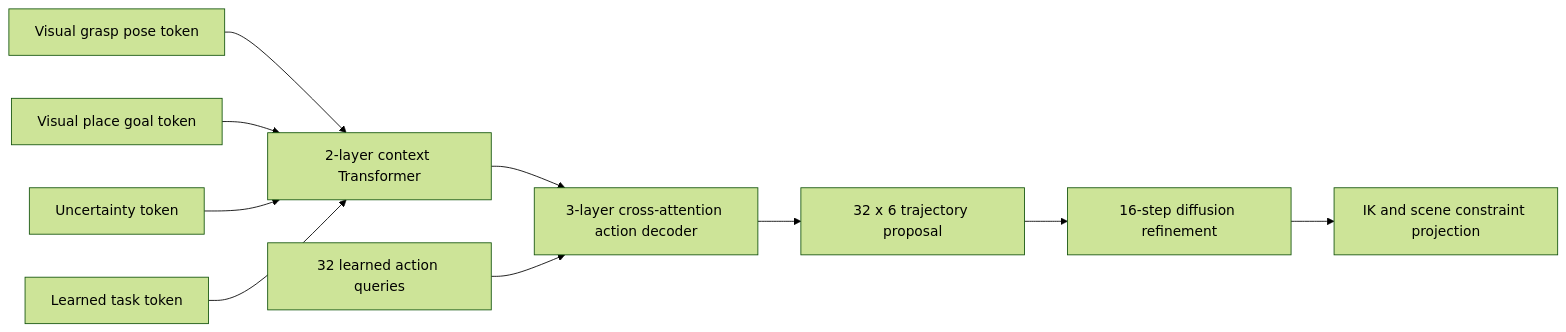
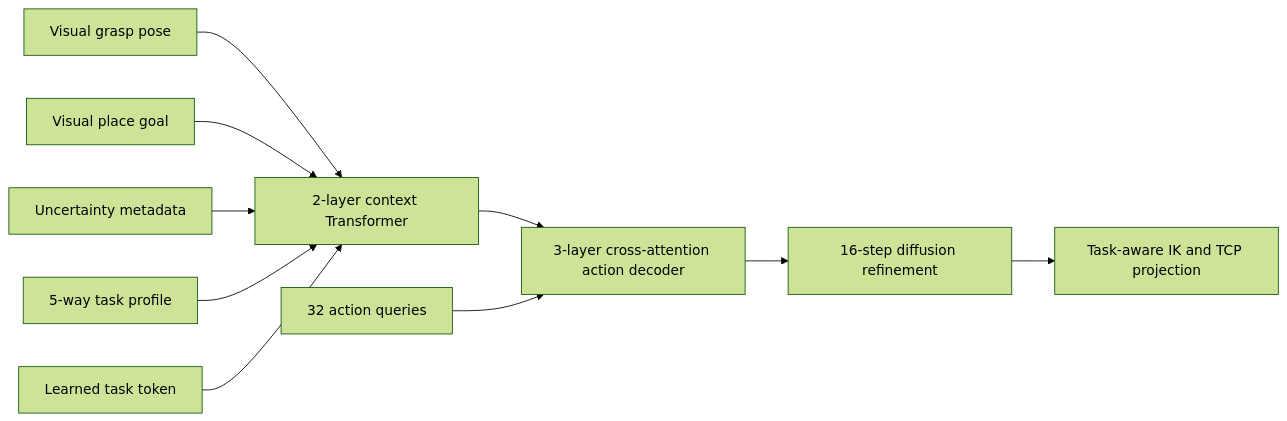
Before and after one commit to 1830051801-ux/embodied-arm-learning: the diagram in docs/constraint_diffusion_digital_twin.md, drawn with Mermaid (forest theme). The commit also changed other lines of this file and 7 other files, not shown here.

Commit message:
Add multi-task factory-cell transformer benchmark

````diff
--- a/docs/constraint_diffusion_digital_twin.md
+++ b/docs/constraint_diffusion_digital_twin.md
@@ -35,12 +42,12 @@
 ```mermaid
 flowchart LR
-    G["Visual grasp pose token"] --> E["2-layer context Transformer"]
-    P["Visual place goal token"] --> E
-    U["Uncertainty token"] --> E
-    T["Learned task token"] --> E
+    G["Visual grasp pose"] --> E["2-layer context Transformer"]
+    P["Visual place goal"] --> E
+    U["Uncertainty metadata"] --> E
+    T["5-way task profile"] --> E
+    L["Learned task token"] --> E
     E --> A["3-layer cross-attention action decoder"]
-    Q["32 learned action queries"] --> A
-    A --> D["32 x 6 trajectory proposal"]
-    D --> N["16-step diffusion refinement"]
-    N --> S["IK and scene constraint projection"]
+    Q["32 action queries"] --> A
+    A --> D["16-step diffusion refinement"]
+    D --> C["Task-aware IK and TCP projection"]
 ```
````
